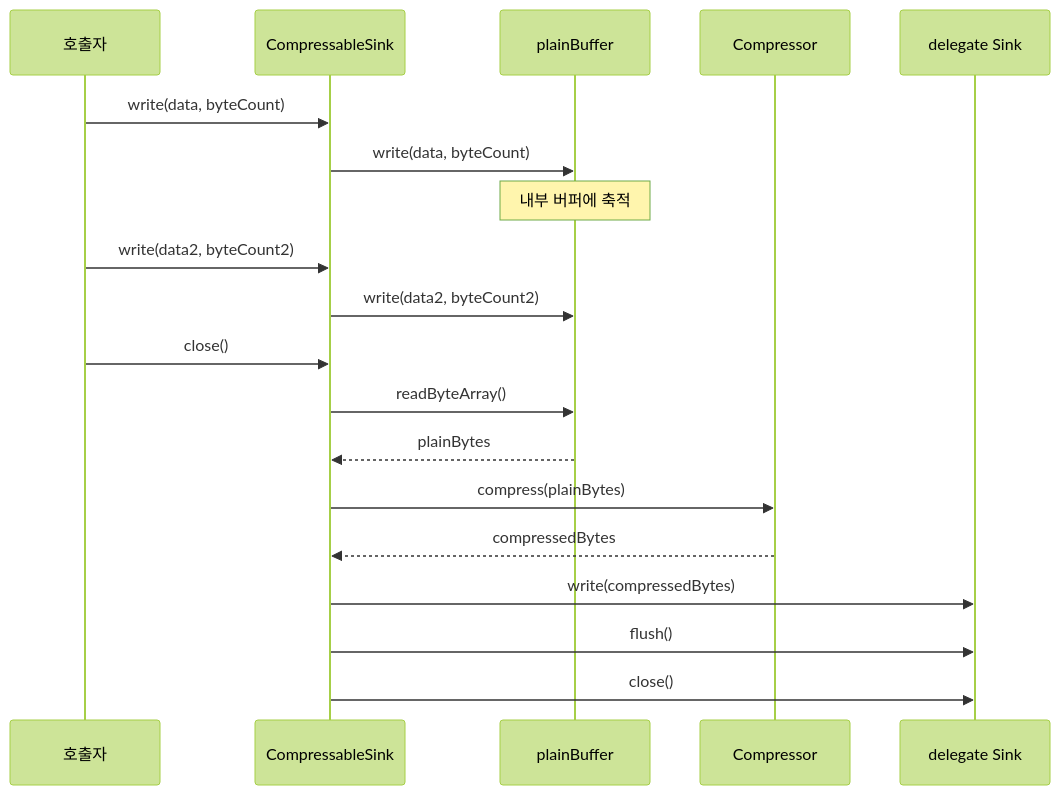
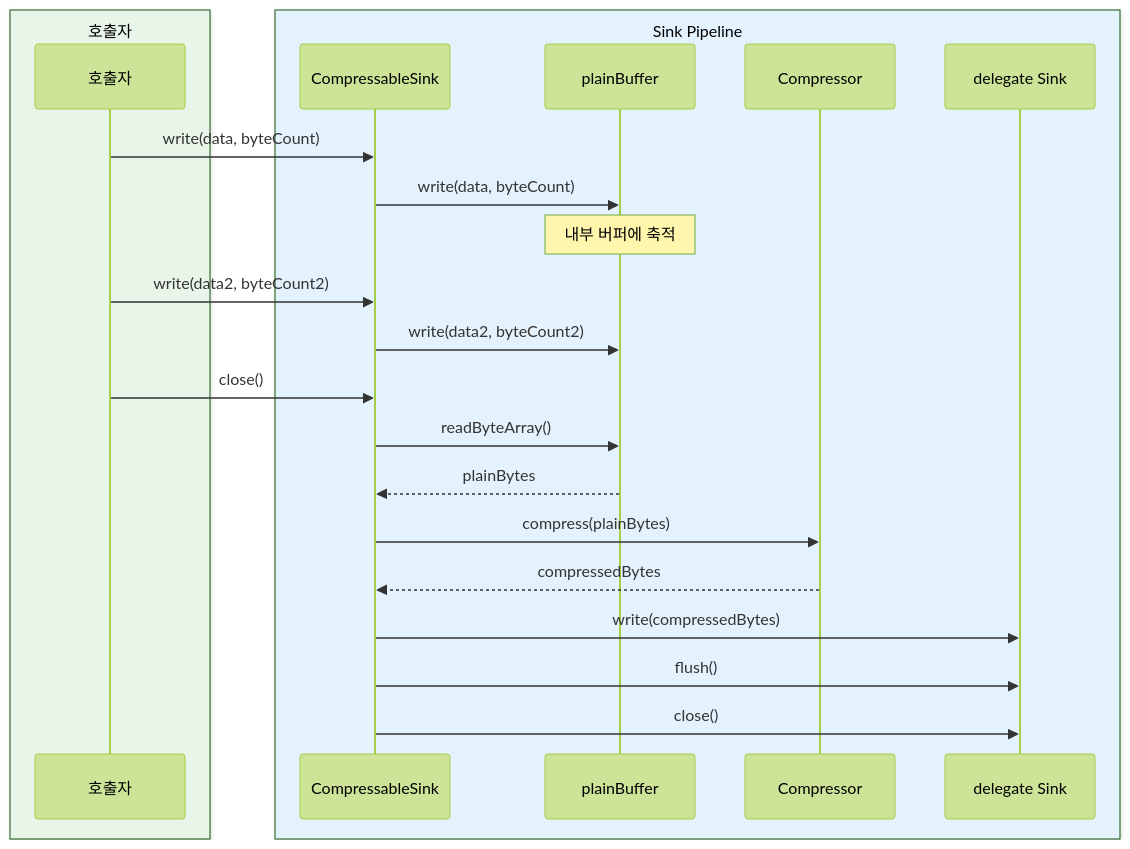
Before and after one commit to bluetape4k/bluetape4k-projects: the fifth of 9 diagrams in io/okio/README.ko.md, drawn with Mermaid (forest theme). The commit also changed other lines of this file and 221 other files, not shown here.

First line of the commit message:
docs: 전체 모듈 README UML 다이어그램 보강 및 색상 업그레이드

````diff
--- a/io/okio/README.ko.md
+++ b/io/okio/README.ko.md
@@ -540,24 +578,28 @@
 ```mermaid
 sequenceDiagram
-    participant C as 호출자
-    participant CS as CompressableSink
-    participant PB as plainBuffer
-    participant Comp as Compressor
-    participant D as delegate Sink
+    box rgb(232, 245, 233) 호출자
+        participant C as 호출자
+    end
+    box rgb(227, 242, 253) Sink Pipeline
+        participant CS as CompressableSink
+        participant PB as plainBuffer
+        participant Comp as Compressor
+        participant D as delegate Sink
+    end
 
     C->>CS: write(data, byteCount)
     CS->>PB: write(data, byteCount)
     Note over PB: 내부 버퍼에 축적
 
     C->>CS: write(data2, byteCount2)
     CS->>PB: write(data2, byteCount2)
 
     C->>CS: close()
     CS->>PB: readByteArray()
     PB-->>CS: plainBytes
     CS->>Comp: compress(plainBytes)
     Comp-->>CS: compressedBytes
     CS->>D: write(compressedBytes)
     CS->>D: flush()
     CS->>D: close()
 ```
````
